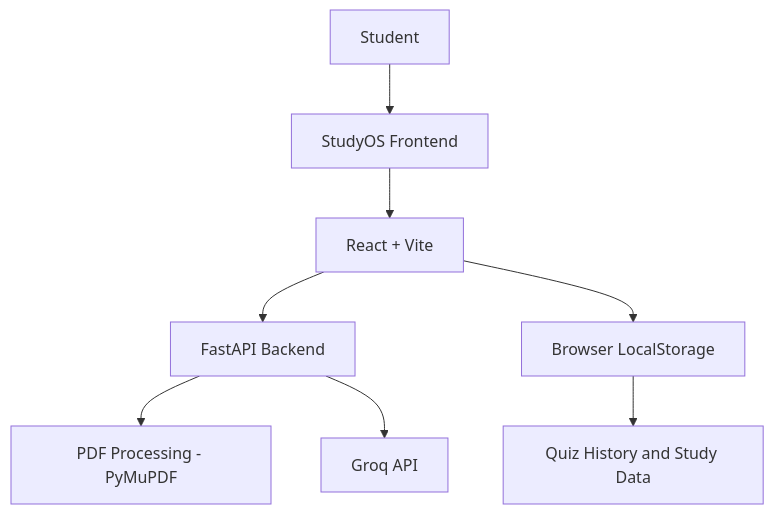
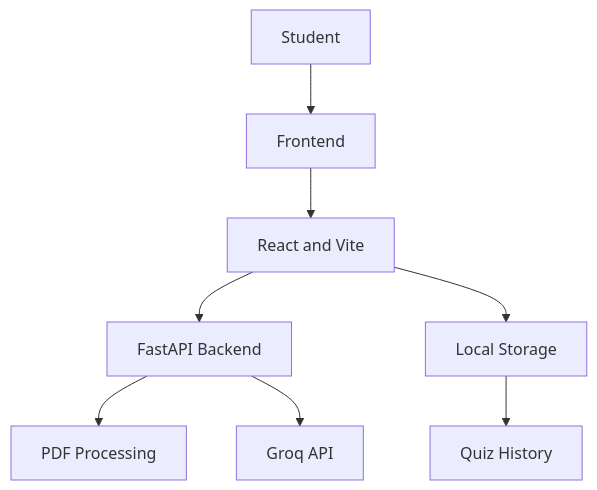
The diagram in README.md (gauri06srivastava-create/StudyOS), drawn with Mermaid before and after one commit.

Commit message:
Update architecture diagram

````diff
--- a/README.md
+++ b/README.md
@@ -130,10 +130,10 @@
 ```mermaid
-flowchart TD
-    A[Student] --> B[StudyOS Frontend]
-    B --> C[React + Vite]
-    C --> D[FastAPI Backend]
-    D --> E[PDF Processing - PyMuPDF]
-    D --> F[Groq API]
-    C --> G[Browser LocalStorage]
-    G --> H[Quiz History and Study Data]
+graph TD
+    A["Student"] --> B["Frontend"]
+    B --> C["React and Vite"]
+    C --> D["FastAPI Backend"]
+    D --> E["PDF Processing"]
+    D --> F["Groq API"]
+    C --> G["Local Storage"]
+    G --> H["Quiz History"]
 ```
````
